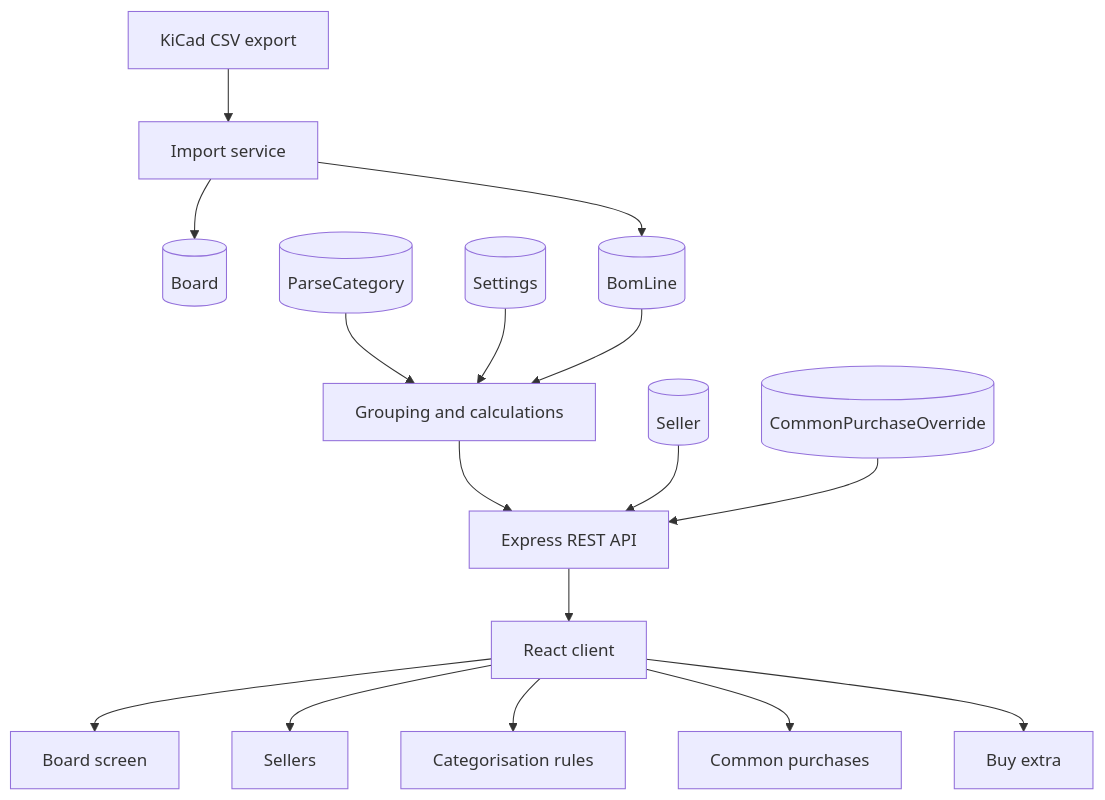
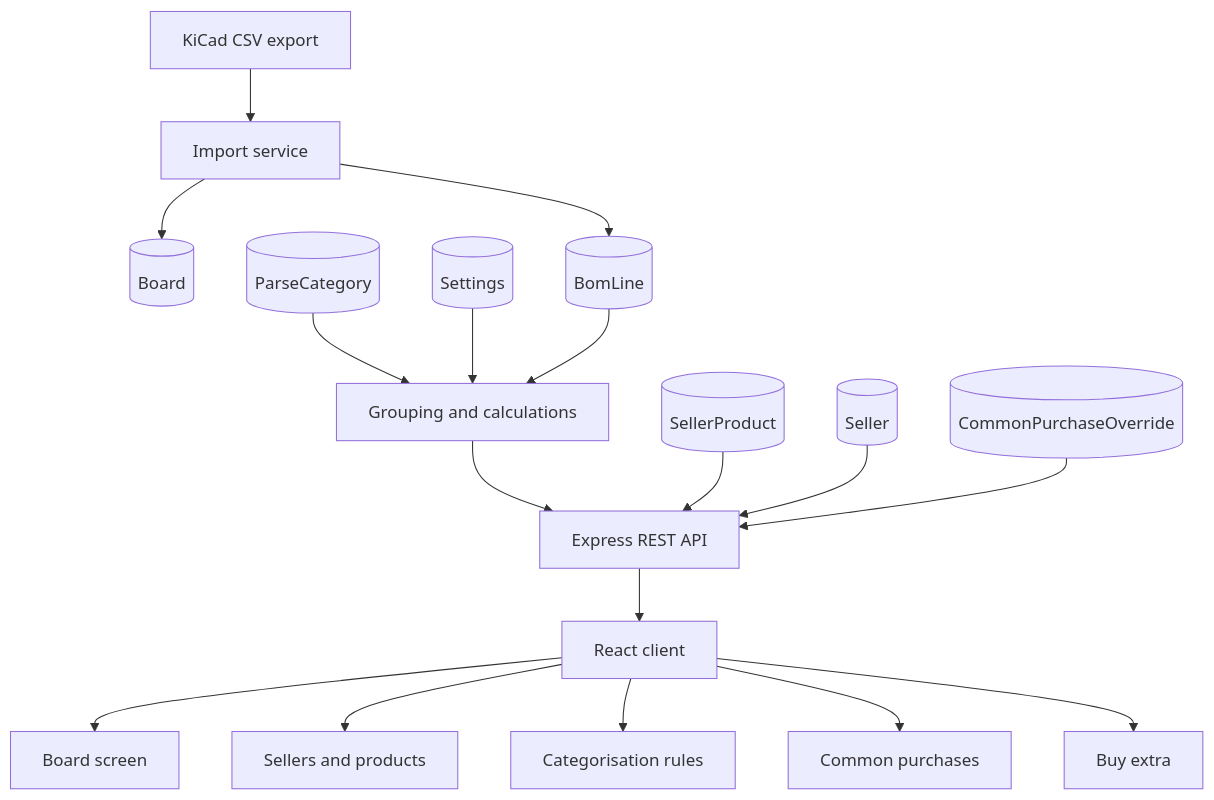
One commit to GrandFatherPikhto/BOMGenerator changed the first of 2 diagrams in docs/architecture.md. Above: the diagram before and after it, drawn with Mermaid. The commit also changed other lines of this file and 4 other files, not shown here.

````diff
--- a/docs/architecture.md
+++ b/docs/architecture.md
@@ -17,18 +17,19 @@
 ```mermaid
 flowchart TD
     CSV[KiCad CSV export] --> IMP[Import service]
     IMP --> BRD[(Board)]
     IMP --> BL[(BomLine)]
     CAT[(ParseCategory)] --> AGG[Grouping and calculations]
     ST[(Settings)] --> AGG
     BL --> AGG
     AGG --> API[Express REST API]
+    SP[(SellerProduct)] --> API
     SEL[(Seller)] --> API
     CPO[(CommonPurchaseOverride)] --> API
     API --> UI[React client]
     UI --> S1[Board screen]
-    UI --> S2[Sellers]
+    UI --> S2[Sellers and products]
     UI --> S3[Categorisation rules]
     UI --> S4[Common purchases]
     UI --> S5[Buy extra]
 ```
````
